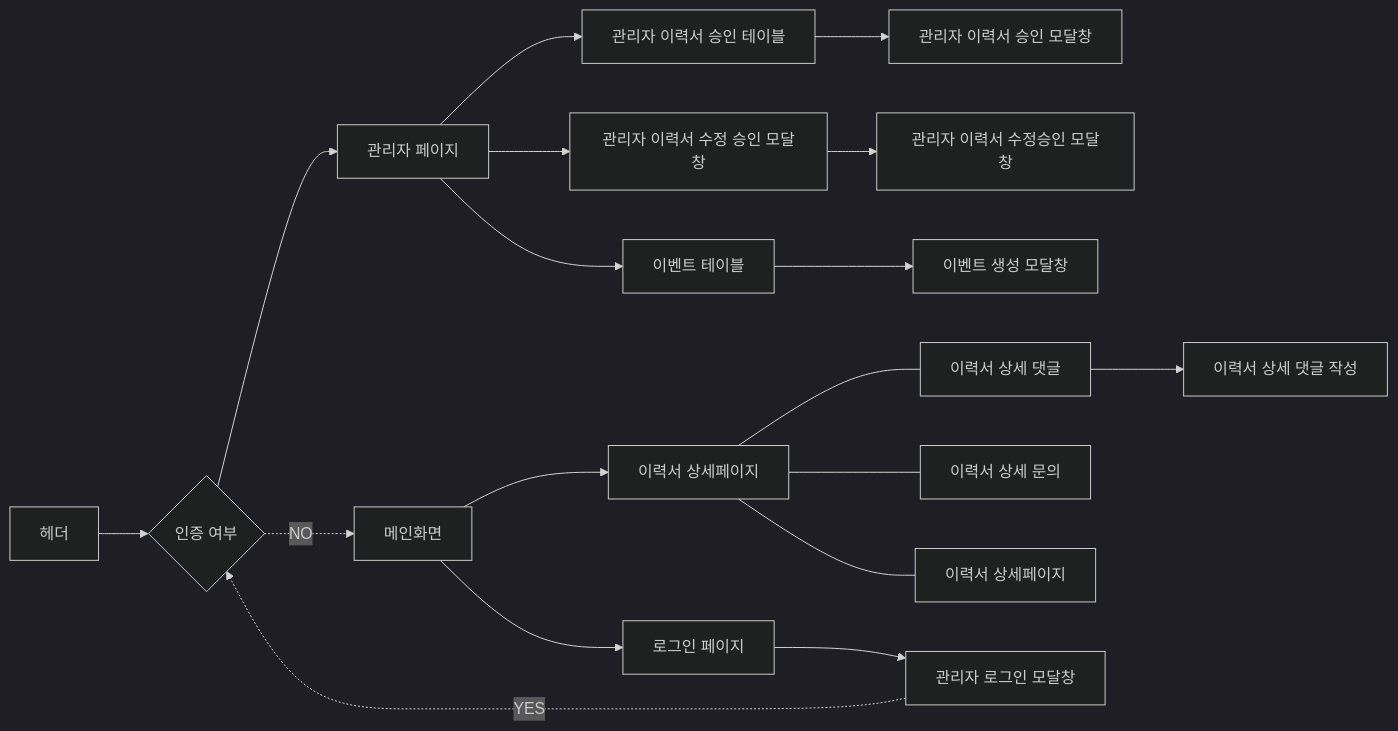
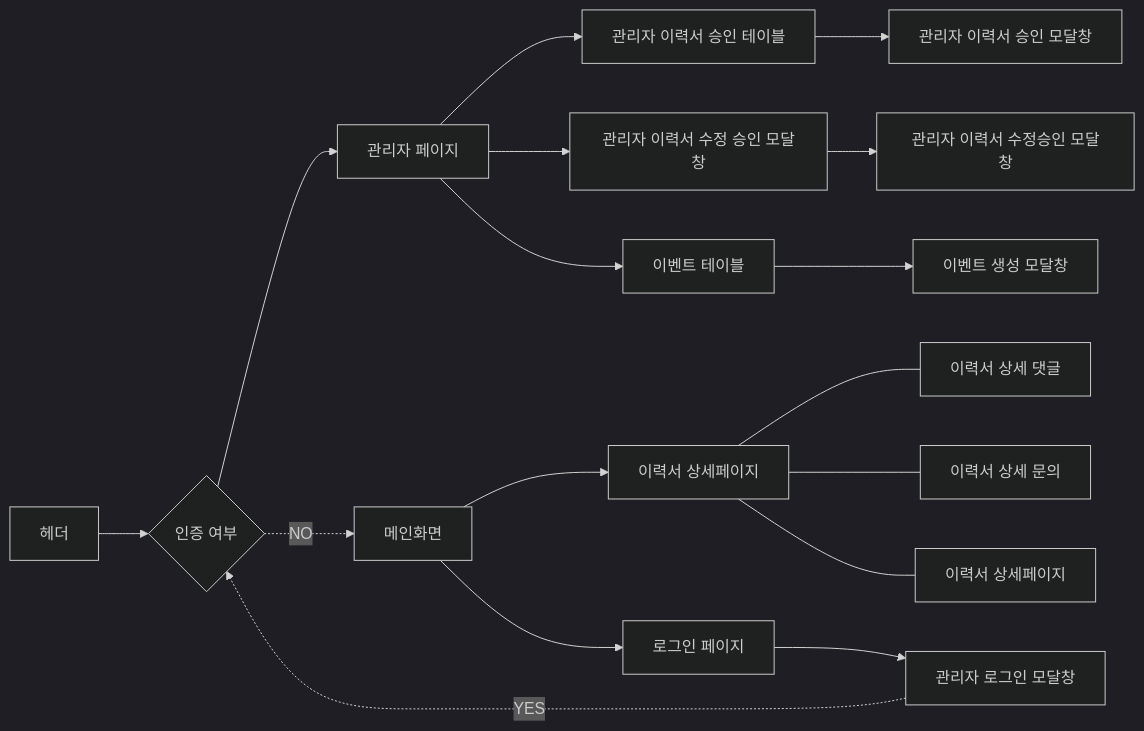
The second of 2 diagrams in README.md (DevCVTeam/DevCV-frontend), drawn with Mermaid (dark theme) before and after one commit.

Commit message:
📝 [Docs] : README.md 수정

````diff
--- a/README.md
+++ b/README.md
@@ -70,41 +70,40 @@
 ```mermaid
 flowchart LR
 
 
     Header[헤더]
 
     SignIn[로그인 페이지]
     AdminSignIn[관리자 로그인 모달창]
 
     Authorize{인증 여부}
 
     Home[메인화면]
     ResumeDetailPage[이력서 상세페이지]
     ResumeDetailView[이력서 상세페이지]
     ResumeDetailComment[이력서 상세 댓글]
-    ResumeDetailCommentWrite[이력서 상세 댓글 작성]
     ResumeDetailProductInquiry[이력서 상세 문의]
 
     AdminPage[관리자 페이지]
     ResumePendingTable[관리자 이력서 승인 테이블]
     ResumePendingModal[관리자 이력서 승인 모달창]
     ResumeModified[관리자 이력서 수정 승인 모달창]
     ResumeModifiedModal[관리자 이력서 수정승인 모달창]
     EventTable[이벤트 테이블]
     CreateEventModal[이벤트 생성 모달창]
 
 
     Home --> ResumeDetailPage
-    ResumeDetailPage --- ResumeDetailComment --> ResumeDetailCommentWrite
+    ResumeDetailPage --- ResumeDetailComment
     ResumeDetailPage --- ResumeDetailProductInquiry
     ResumeDetailPage --- ResumeDetailView
 
     Home --> SignIn --> AdminSignIn -.-> |YES| Authorize --> AdminPage
     Header --> Authorize -.->  |NO| Home
     AdminPage --> ResumePendingTable --> ResumePendingModal
     AdminPage --> ResumeModified --> ResumeModifiedModal
     AdminPage --> EventTable --> CreateEventModal
 
 
 
 ```
````
